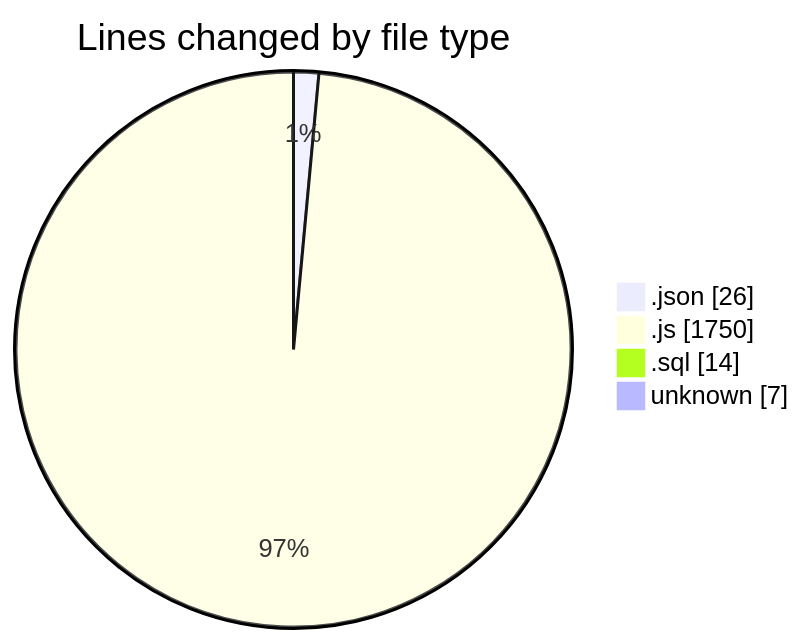
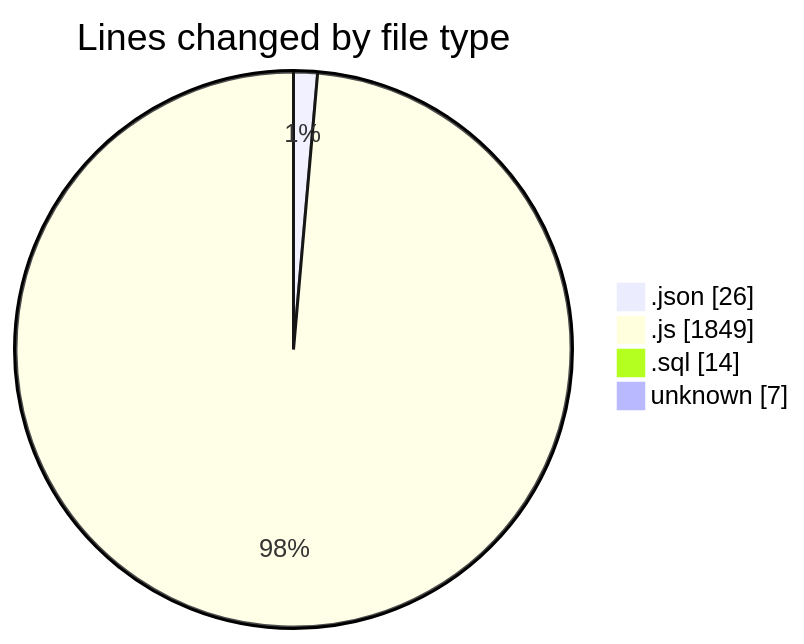
One commit to nxtqubesakshisongat/code-tracking changed the first of 2 diagrams in 2025-09-10/cashcalc/README.md. Above: the diagram before and after it, drawn with Mermaid. The commit also changed other lines of this file and 1 other file, not shown here.

````diff
--- a/2025-09-10/cashcalc/README.md
+++ b/2025-09-10/cashcalc/README.md
@@ -35,8 +35,8 @@
 ```mermaid
 pie showData
 title Lines changed by file type
 ".json" : 26
-".js" : 1750
+".js" : 1849
 ".sql" : 14
 "unknown" : 7
 ```
````
